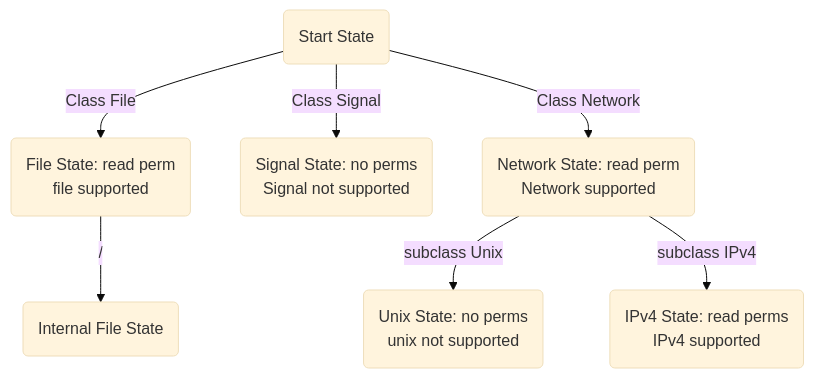
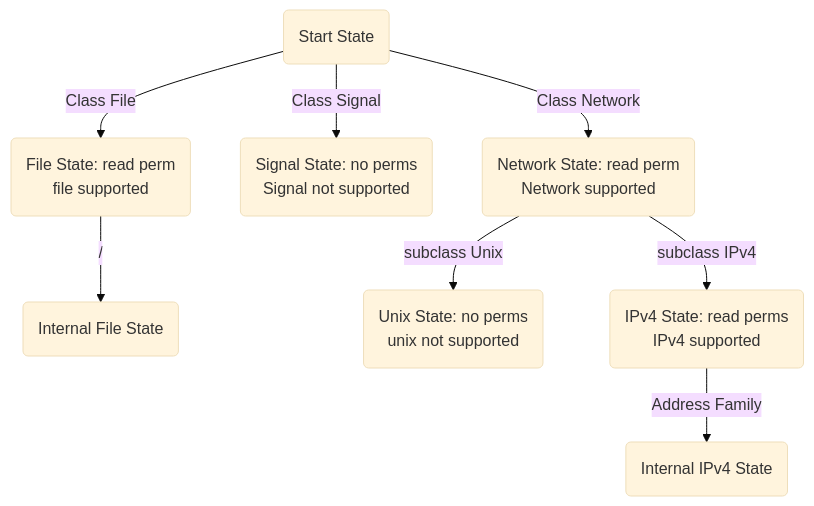
Before and after one commit to youngker/apparmor-wiki: the diagram in AppArmorFeatureABI.md, drawn with Mermaid (base theme).

Commit message:
Update AppArmorFeatureABI

````diff
--- a/AppArmorFeatureABI.md
+++ b/AppArmorFeatureABI.md
@@ -144,10 +144,10 @@
 ```mermaid
 graph TD;
   A(Start State) --> |Class File| F;
   A --> |Class Signal| S(Signal State: no perms<br> Signal not supported);
   A --> |Class Network| N;
   F(File State: read perm<br> file supported) --> |/| Fi(Internal File State);
   N(Network State: read perm<br> Network supported) --> |subclass Unix| U(Unix State: no perms<br> unix not supported);
-  N --> |subclass IPv4| ipv4(IPv4 State: read perms<br>IPv4 supported);
-
+  N --> |subclass IPv4| I(IPv4 State: read perms<br>IPv4 supported);
+  I --> |Address Family| ipv4(Internal IPv4 State);
 ```
````
